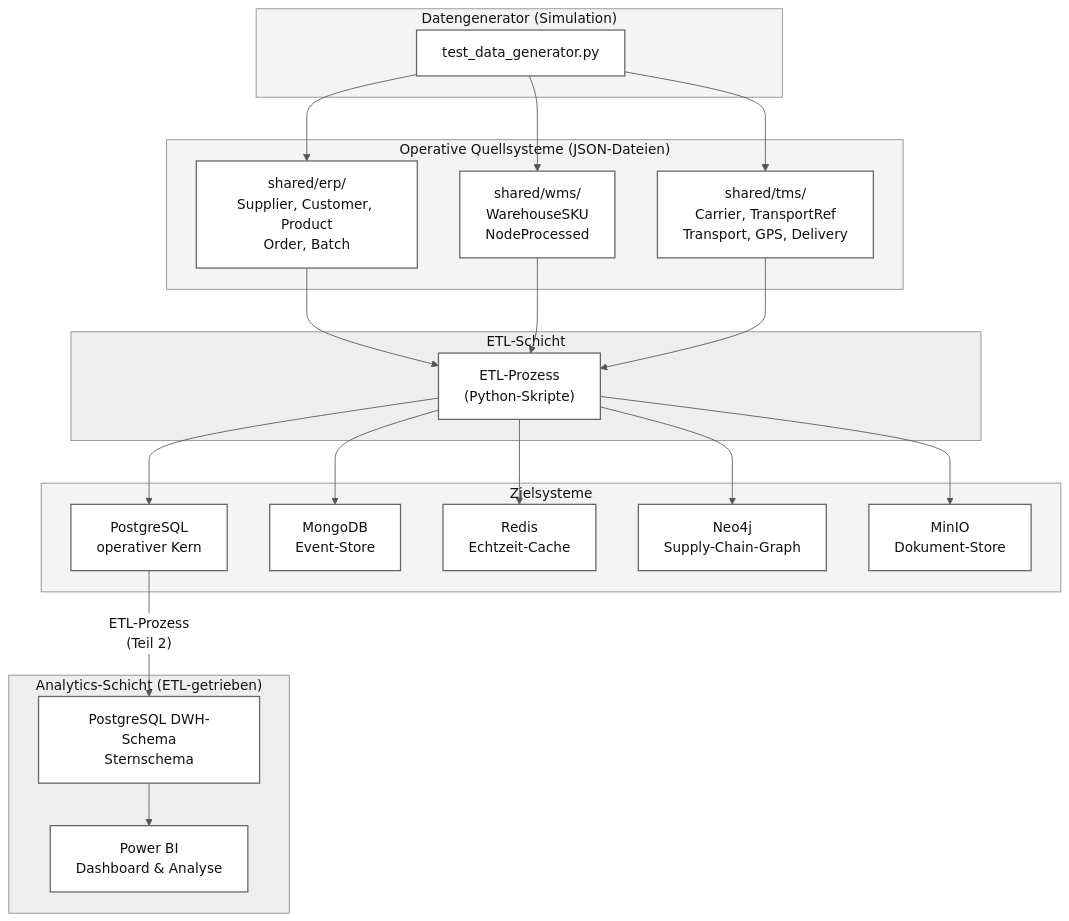
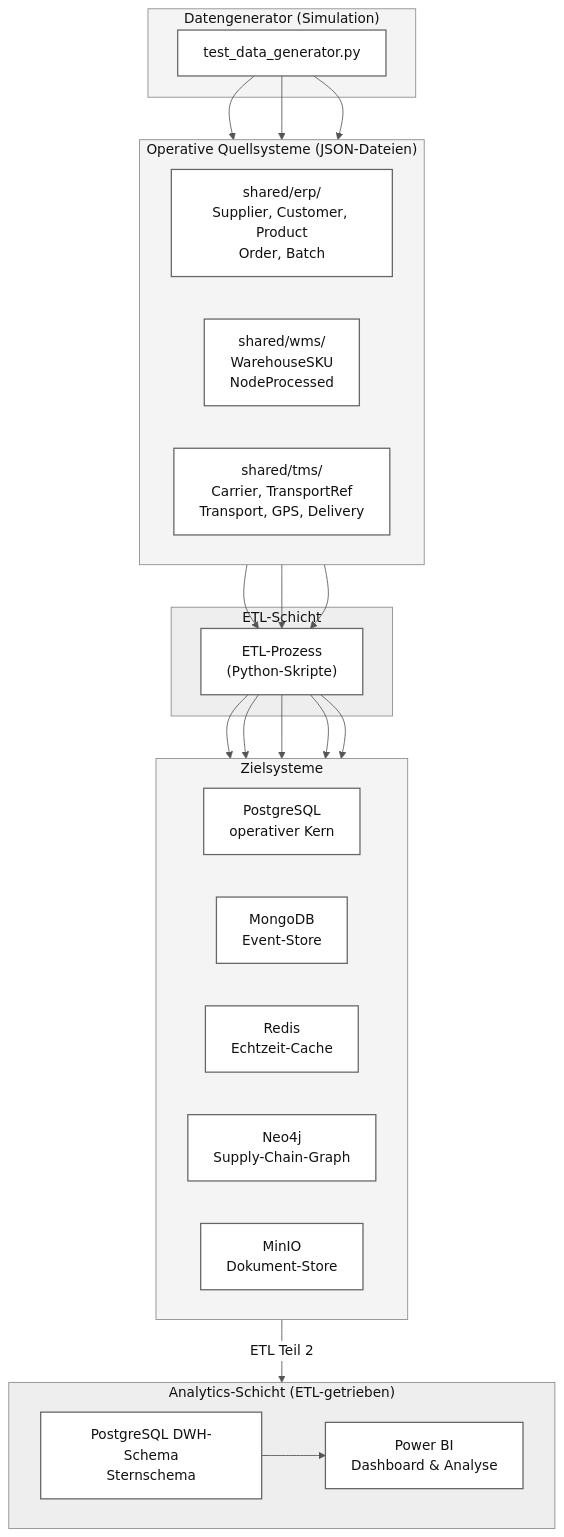
The diagram in docs/02_target_architecture.md (Omied1/gruppe7_dma_sose26), drawn with Mermaid before and after one commit. The commit also changed 11 other files, not shown here.

````diff
--- a/docs/02_target_architecture.md
+++ b/docs/02_target_architecture.md
@@ -16,60 +16,63 @@
 ```mermaid
 %%{init: {"theme": "base", "themeVariables": {"primaryColor": "#ffffff", "primaryBorderColor": "#666666", "primaryTextColor": "#111111", "lineColor": "#555555", "secondaryColor": "#f2f2f2", "tertiaryColor": "#ffffff", "clusterBkg": "#f4f4f4", "clusterBorder": "#8a8a8a", "edgeLabelBackground": "#ffffff"}}}%%
-flowchart TD
+flowchart TB
     subgraph Generator["Datengenerator (Simulation)"]
         G[test_data_generator.py]
     end
 
     subgraph Quellsysteme["Operative Quellsysteme (JSON-Dateien)"]
+        direction LR
         ERP["shared/erp/\nSupplier, Customer, Product\nOrder, Batch"]
         WMS["shared/wms/\nWarehouseSKU\nNodeProcessed"]
         TMS["shared/tms/\nCarrier, TransportRef\nTransport, GPS, Delivery"]
     end
 
     subgraph ETL["ETL-Schicht"]
         LOAD["ETL-Prozess\n(Python-Skripte)"]
     end
 
     subgraph Zielsysteme["Zielsysteme"]
+        direction LR
         PG["PostgreSQL\noperativer Kern"]
         MONGO["MongoDB\nEvent-Store"]
         REDIS["Redis\nEchtzeit-Cache"]
         NEO["Neo4j\nSupply-Chain-Graph"]
         MINIO["MinIO\nDokument-Store"]
     end
 
     subgraph DWH["Analytics-Schicht (ETL-getrieben)"]
+        direction LR
         DW["PostgreSQL DWH-Schema\nSternschema"]
         PBI["Power BI\nDashboard & Analyse"]
     end
 
+    G --> WMS
     G --> ERP
-    G --> WMS
     G --> TMS
 
+    WMS --> LOAD
     ERP --> LOAD
-    WMS --> LOAD
     TMS --> LOAD
 
+    LOAD --> REDIS
     LOAD --> PG
     LOAD --> MONGO
-    LOAD --> REDIS
     LOAD --> NEO
     LOAD --> MINIO
 
-    PG -->|"ETL-Prozess\n(Teil 2)"| DW
+    PG -->|"ETL Teil 2"| DW
     DW --> PBI
 
     classDef app fill:#ffffff,stroke:#666666,stroke-width:1.5px,color:#111111;
     classDef source fill:#ffffff,stroke:#666666,stroke-width:1.5px,color:#111111;
     classDef store fill:#ffffff,stroke:#666666,stroke-width:1.5px,color:#111111;
     class G,LOAD,DW,PBI app;
     class ERP,WMS,TMS source;
     class PG,MONGO,REDIS,NEO,MINIO store;
 
     style Generator fill:#f4f4f4,stroke:#8a8a8a,color:#111111
     style Quellsysteme fill:#f4f4f4,stroke:#8a8a8a,color:#111111
     style ETL fill:#eeeeee,stroke:#8a8a8a,color:#111111
     style Zielsysteme fill:#f4f4f4,stroke:#8a8a8a,color:#111111
     style DWH fill:#eeeeee,stroke:#8a8a8a,color:#111111
 ```
````
